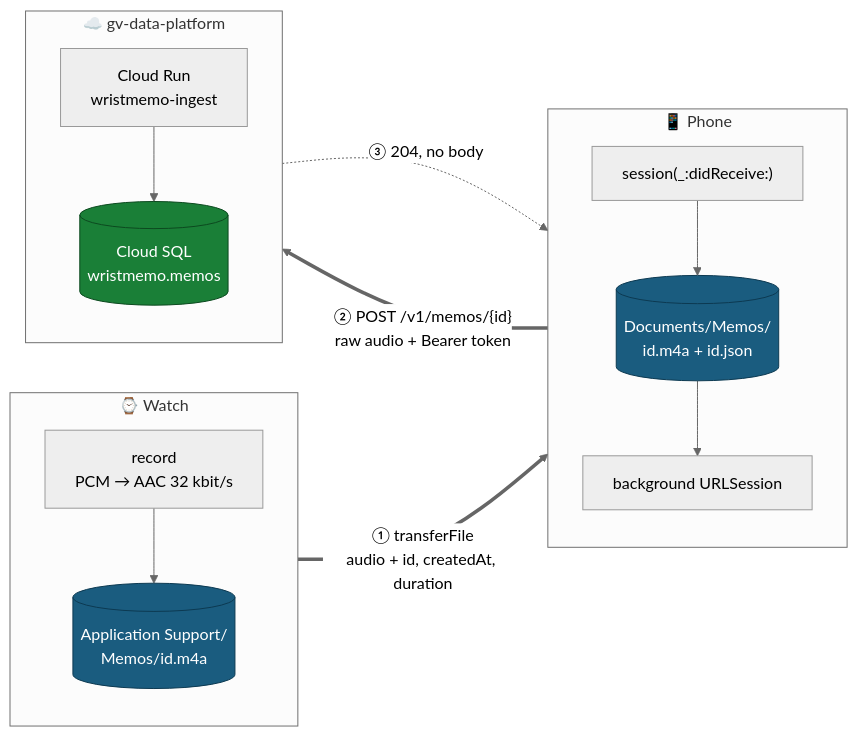
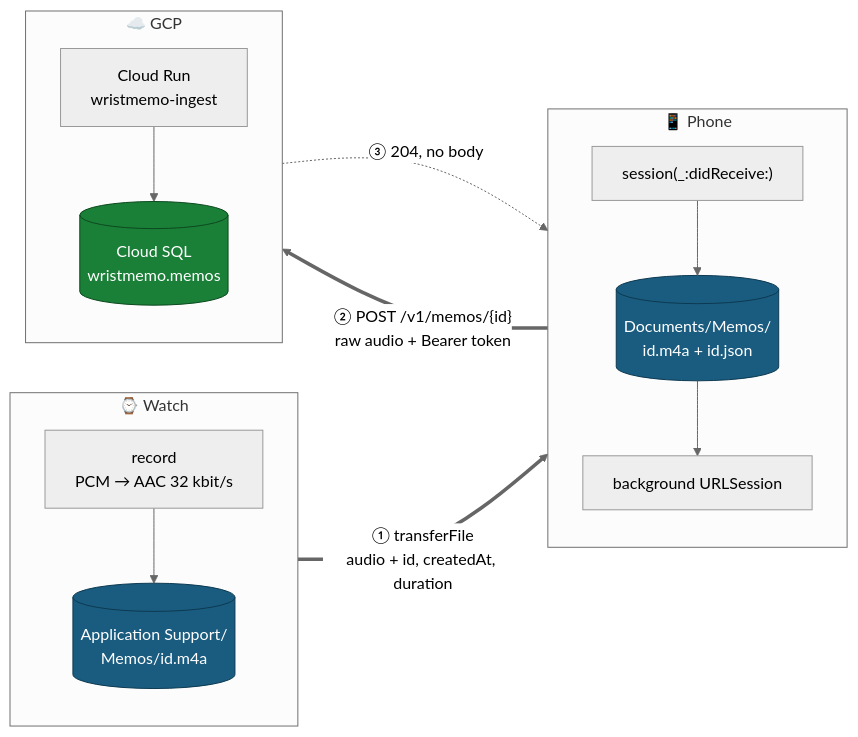
The first of 4 diagrams in 1a_UPLOAD_PATHS.md (FrankLong1/watch-recorder), drawn with Mermaid (neutral theme) before and after one commit. The commit also changed other lines of this file and 14 other files, not shown here.

````diff
--- a/1a_UPLOAD_PATHS.md
+++ b/1a_UPLOAD_PATHS.md
@@ -14,32 +14,32 @@
 ```mermaid
 flowchart LR
     subgraph W["⌚️ Watch"]
         direction TB
         REC["record<br/>PCM → AAC 32 kbit/s"]
         WD[("Application Support/<br/>Memos/id.m4a")]
         REC --> WD
     end
 
     subgraph P["📱 Phone"]
         direction TB
         RX["session(_:didReceive:)"]
         PD[("Documents/Memos/<br/>id.m4a + id.json")]
         UP["background URLSession"]
         RX --> PD --> UP
     end
 
-    subgraph G["☁️ gv-data-platform"]
+    subgraph G["☁️ GCP"]
         direction TB
         CR["Cloud Run<br/>wristmemo-ingest"]
         DB[("Cloud SQL<br/>wristmemo.memos")]
         CR --> DB
     end
 
     WD ==>|"① transferFile<br/>audio + id, createdAt, duration"| RX
     UP ==>|"② POST /v1/memos/{id}<br/>raw audio + Bearer token"| CR
     CR -.->|"③ 204, no body"| UP
 
     style WD fill:#1a5c7f,stroke:#0d3a52,color:#fff
     style PD fill:#1a5c7f,stroke:#0d3a52,color:#fff
     style DB fill:#1a7f37,stroke:#0d4a20,color:#fff
 ```
````
